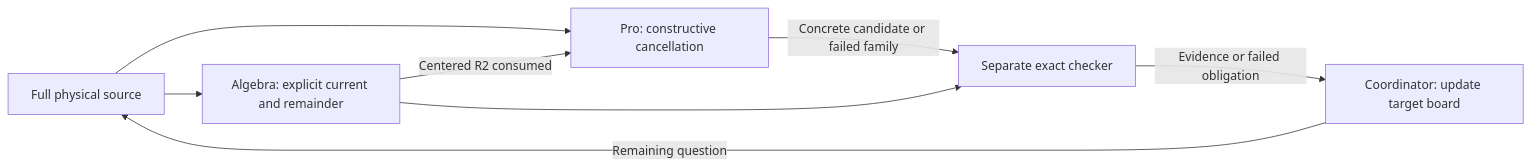
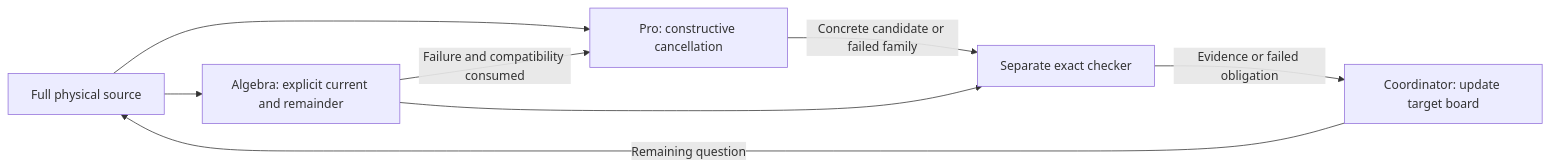
One commit to rbajaj5/hodge-lab changed the diagram in notes/one-reflection-skew-team-board.md. Above: the diagram before and after it, drawn with Mermaid. The commit also changed other lines of this file and 246 other files, not shown here.

````diff
--- a/notes/one-reflection-skew-team-board.md
+++ b/notes/one-reflection-skew-team-board.md
@@ -53,10 +59,10 @@
 ```mermaid
 flowchart LR
   T[Full physical source] --> G[Pro: constructive cancellation]
   T --> A[Algebra: explicit current and remainder]
-  A -->|Centered R2 consumed| G
+  A -->|Failure and compatibility consumed| G
   A --> C[Separate exact checker]
   G -->|Concrete candidate or failed family| C
   C -->|Evidence or failed obligation| R[Coordinator: update target board]
   R -->|Remaining question| T
 ```
````
